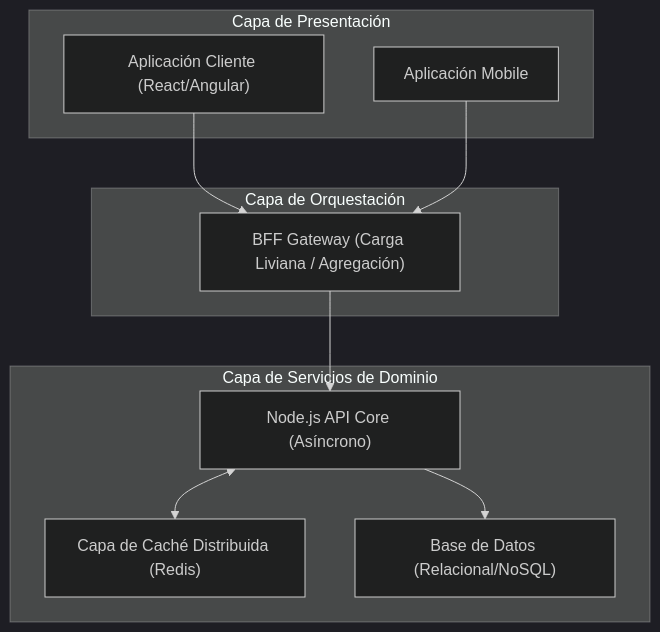
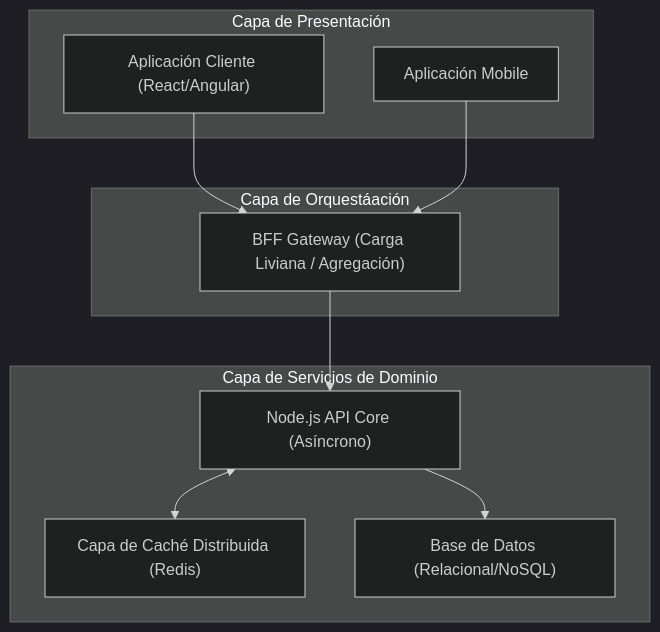
Before and after one commit to beyondnetcode/ums: the second of 2 diagrams in architecture/blueprints-es/reference-architecture-nodejs-arc42.md, drawn with Mermaid (dark theme). The commit also changed other lines of this file and 187 other files, not shown here.

Commit message:
docs: synchronize and update architecture decision records, governance requirements, and operational documentation in Spanish and English

````diff
--- a/architecture/blueprints-es/reference-architecture-nodejs-arc42.md
+++ b/architecture/blueprints-es/reference-architecture-nodejs-arc42.md
@@ -85,23 +85,23 @@
 ```mermaid
 graph TD
     subgraph Clients["Capa de Presentación"]
         FrontApp["Aplicación Cliente (React/Angular)"]
         MobileApp["Aplicación Mobile"]
     end
 
-    subgraph GatewayLayer["Capa de Orquestación"]
+    subgraph GatewayLayer["Capa de Orquestáación"]
         BFF["BFF Gateway (Carga Liviana / Agregación)"]
     end
 
     subgraph CoreServices["Capa de Servicios de Dominio"]
         NodeAPI["Node.js API Core (Asíncrono)"]
         FastCache["Capa de Caché Distribuida (Redis)"]
         MainDB["Base de Datos (Relacional/NoSQL)"]
     end
 
     FrontApp --> BFF
     MobileApp --> BFF
     BFF --> NodeAPI
     NodeAPI --> MainDB
     NodeAPI <--> FastCache
 ```
````
